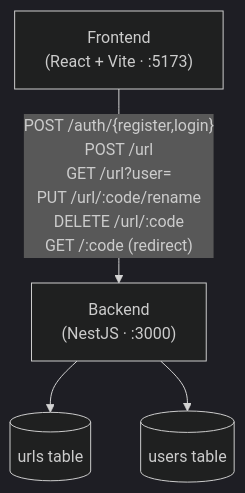
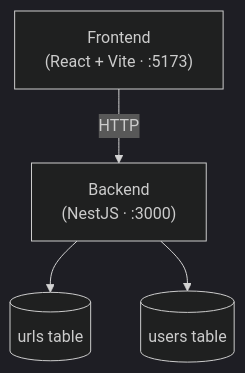
The diagram in README.md (yoelsadriant/url-shortener), drawn with Mermaid (dark theme) before and after one commit. The commit also changed other lines of this file and 50 other files, not shown here.

````diff
--- a/README.md
+++ b/README.md
@@ -37,11 +33,11 @@
 ```mermaid
 graph TD
     Browser["Frontend\n(React + Vite · :5173)"]
     Backend["Backend\n(NestJS · :3000)"]
     DDB_urls[("urls table")]
     DDB_users[("users table")]
 
-    Browser -->|"POST /auth/{register,login}\nPOST /url\nGET  /url?user=\nPUT  /url/:code/rename\nDELETE /url/:code\nGET  /:code (redirect)"| Backend
+    Browser -->|HTTP| Backend
     Backend --> DDB_urls
     Backend --> DDB_users
 ```
````
